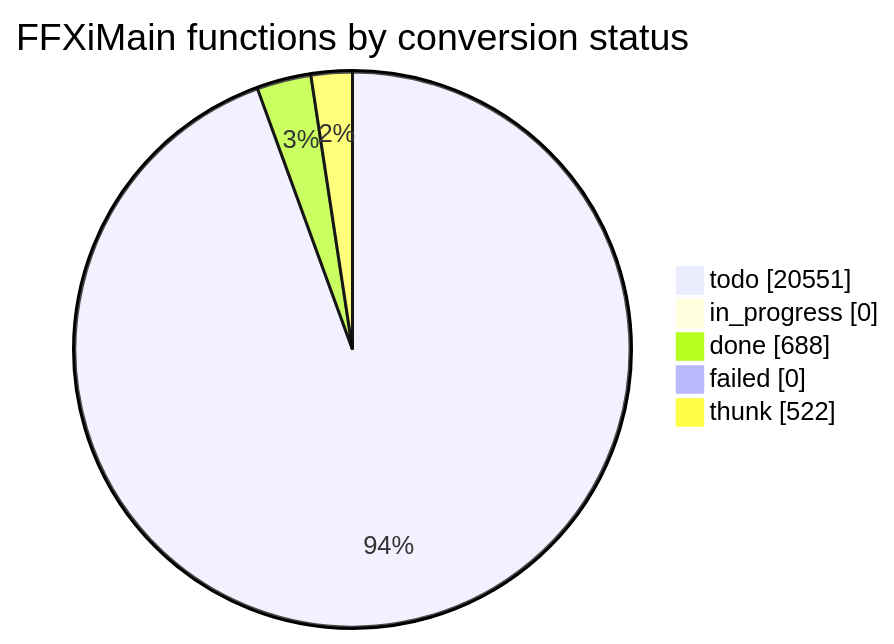
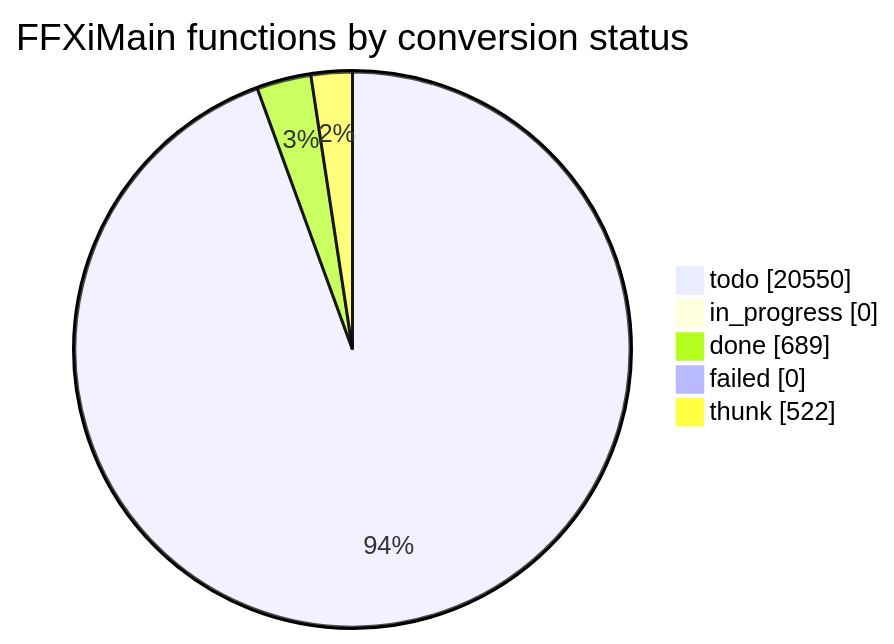
The diagram in docs/cow/STATUS.md (cowrevenge/cow_kuluu_xi_anything), drawn with Mermaid before and after one commit. The commit also changed other lines of this file and 9 other files, not shown here.

````diff
--- a/docs/cow/STATUS.md
+++ b/docs/cow/STATUS.md
@@ -18,9 +18,9 @@
 ```mermaid
 pie showData
     title FFXiMain functions by conversion status
-    "todo" : 20551
+    "todo" : 20550
     "in_progress" : 0
-    "done" : 688
+    "done" : 689
     "failed" : 0
     "thunk" : 522
 ```
````
